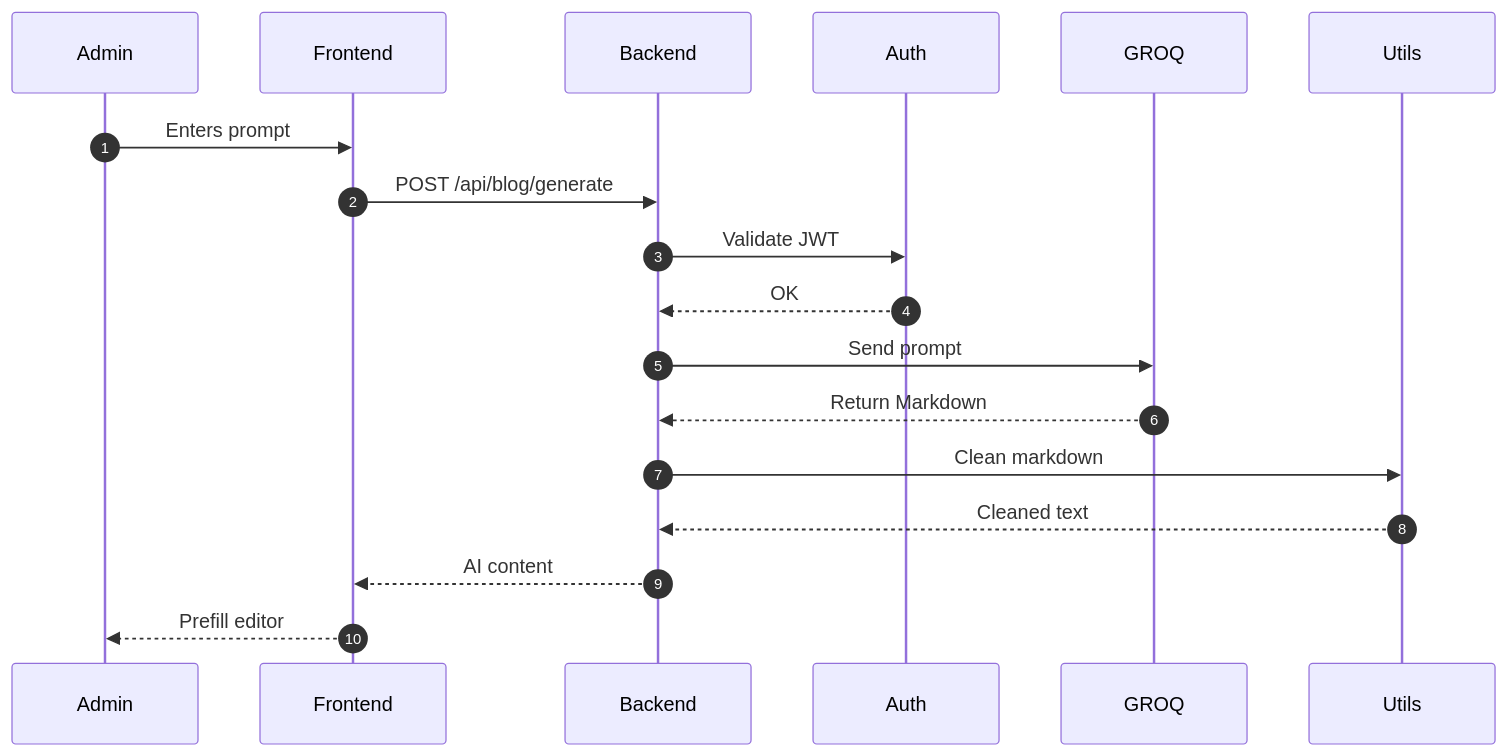
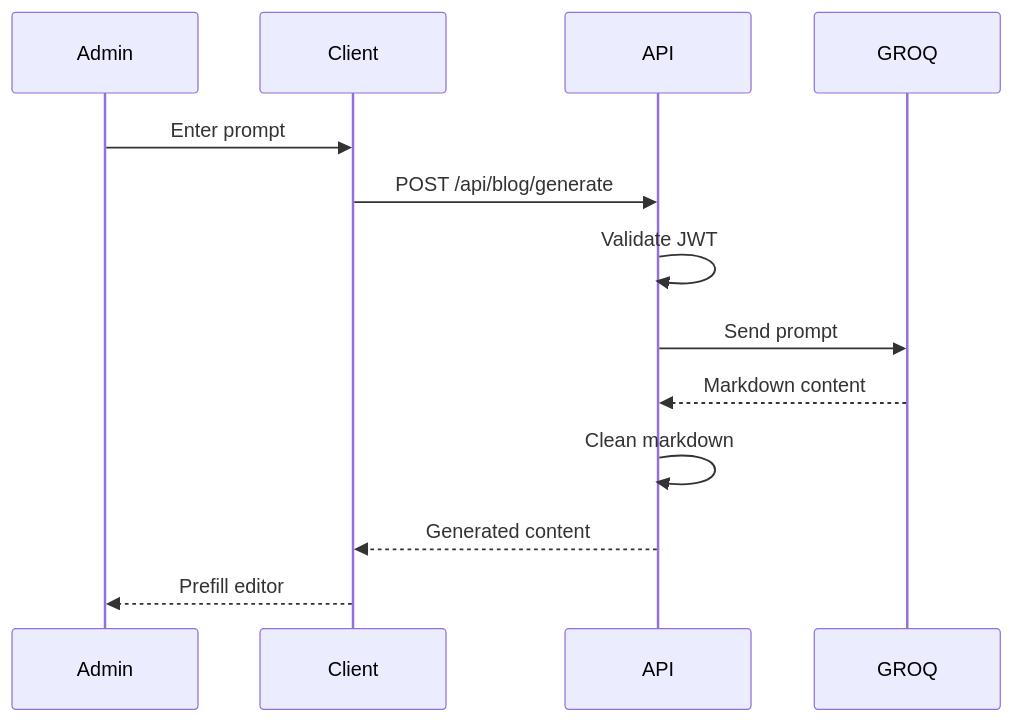
Before and after one commit to VIKRAMANR7/VikramanBlog: the third of 4 diagrams in README.md, drawn with Mermaid. The commit also changed other lines of this file and 25 other files, not shown here.

````diff
--- a/README.md
+++ b/README.md
@@ -143,17 +84,16 @@
 ```mermaid
 sequenceDiagram
-    autonumber
-    Admin->>Frontend: Enters prompt
-    Frontend->>Backend: POST /api/blog/generate
-    Backend->>Auth: Validate JWT
-    Auth-->>Backend: OK
+    participant Admin
+    participant Client
+    participant API
+    participant GROQ
 
-    Backend->>GROQ: Send prompt
-    GROQ-->>Backend: Return Markdown
-
-    Backend->>Utils: Clean markdown
-    Utils-->>Backend: Cleaned text
-
-    Backend-->>Frontend: AI content
-    Frontend-->>Admin: Prefill editor
+    Admin->>Client: Enter prompt
+    Client->>API: POST /api/blog/generate
+    API->>API: Validate JWT
+    API->>GROQ: Send prompt
+    GROQ-->>API: Markdown content
+    API->>API: Clean markdown
+    API-->>Client: Generated content
+    Client-->>Admin: Prefill editor
 ```
````
